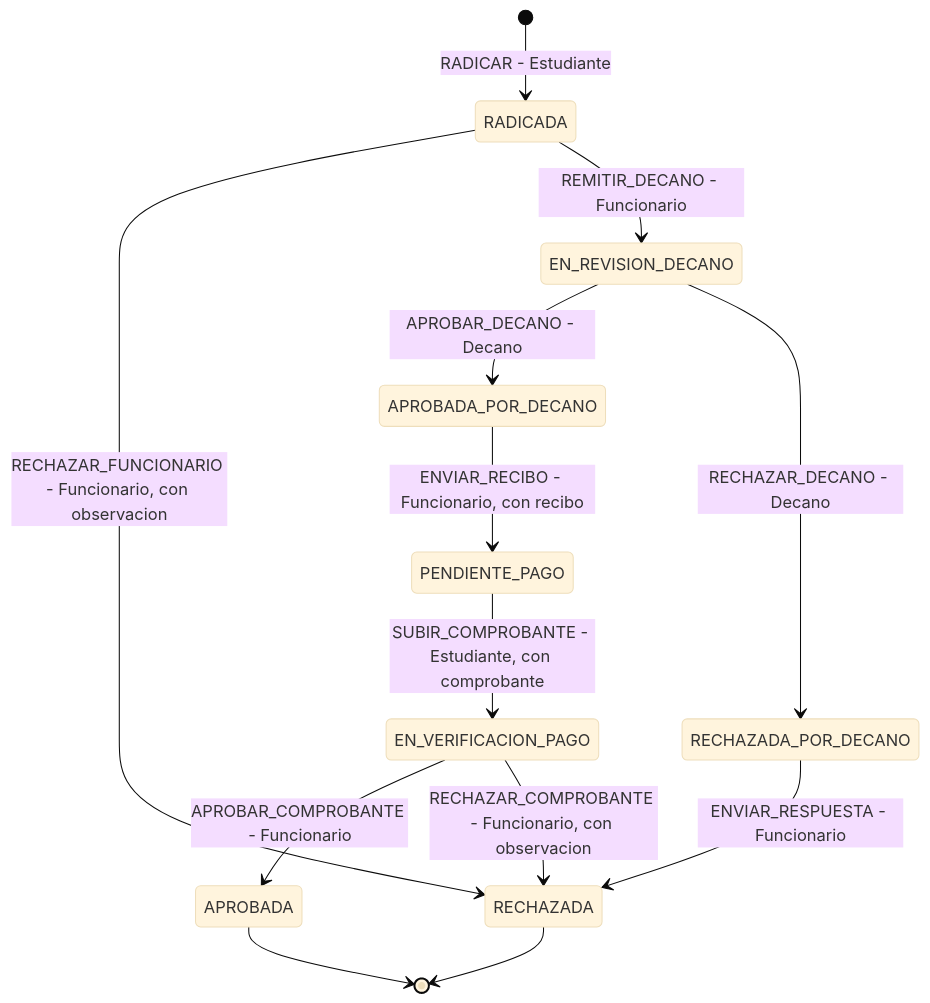
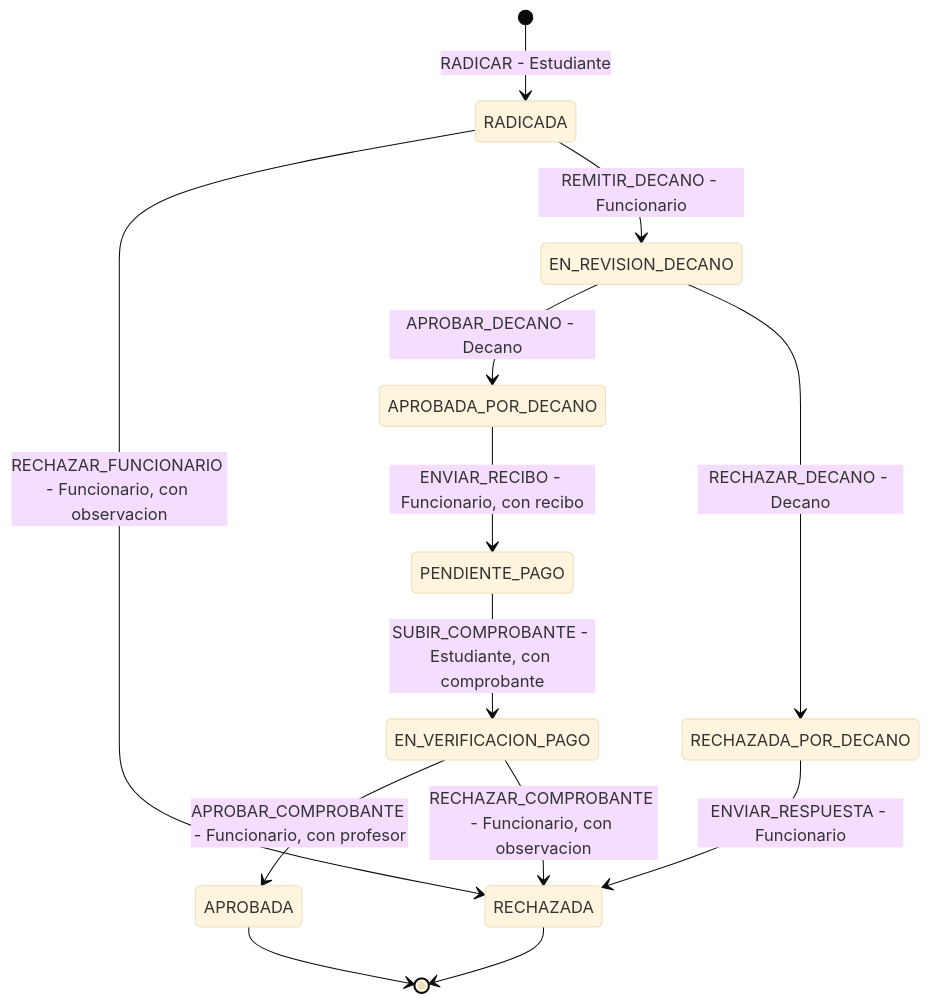
Before and after one commit to CamiloBonilla1226/Gestion-Procesos-Academicos-FIET: the third of 5 diagrams in docs/analisis/09-flujos-y-estados.md, drawn with Mermaid (base theme). The commit also changed other lines of this file and 105 other files, not shown here.

````diff
--- a/docs/analisis/09-flujos-y-estados.md
+++ b/docs/analisis/09-flujos-y-estados.md
@@ -383,15 +389,15 @@
 ```mermaid
 stateDiagram-v2
     [*] --> RADICADA : RADICAR - Estudiante
     RADICADA --> RECHAZADA : RECHAZAR_FUNCIONARIO - Funcionario, con observacion
     RADICADA --> EN_REVISION_DECANO : REMITIR_DECANO - Funcionario
     EN_REVISION_DECANO --> APROBADA_POR_DECANO : APROBAR_DECANO - Decano
     EN_REVISION_DECANO --> RECHAZADA_POR_DECANO : RECHAZAR_DECANO - Decano
     RECHAZADA_POR_DECANO --> RECHAZADA : ENVIAR_RESPUESTA - Funcionario
     APROBADA_POR_DECANO --> PENDIENTE_PAGO : ENVIAR_RECIBO - Funcionario, con recibo
     PENDIENTE_PAGO --> EN_VERIFICACION_PAGO : SUBIR_COMPROBANTE - Estudiante, con comprobante
-    EN_VERIFICACION_PAGO --> APROBADA : APROBAR_COMPROBANTE - Funcionario
+    EN_VERIFICACION_PAGO --> APROBADA : APROBAR_COMPROBANTE - Funcionario, con profesor
     EN_VERIFICACION_PAGO --> RECHAZADA : RECHAZAR_COMPROBANTE - Funcionario, con observacion
     APROBADA --> [*]
     RECHAZADA --> [*]
 ```
````
